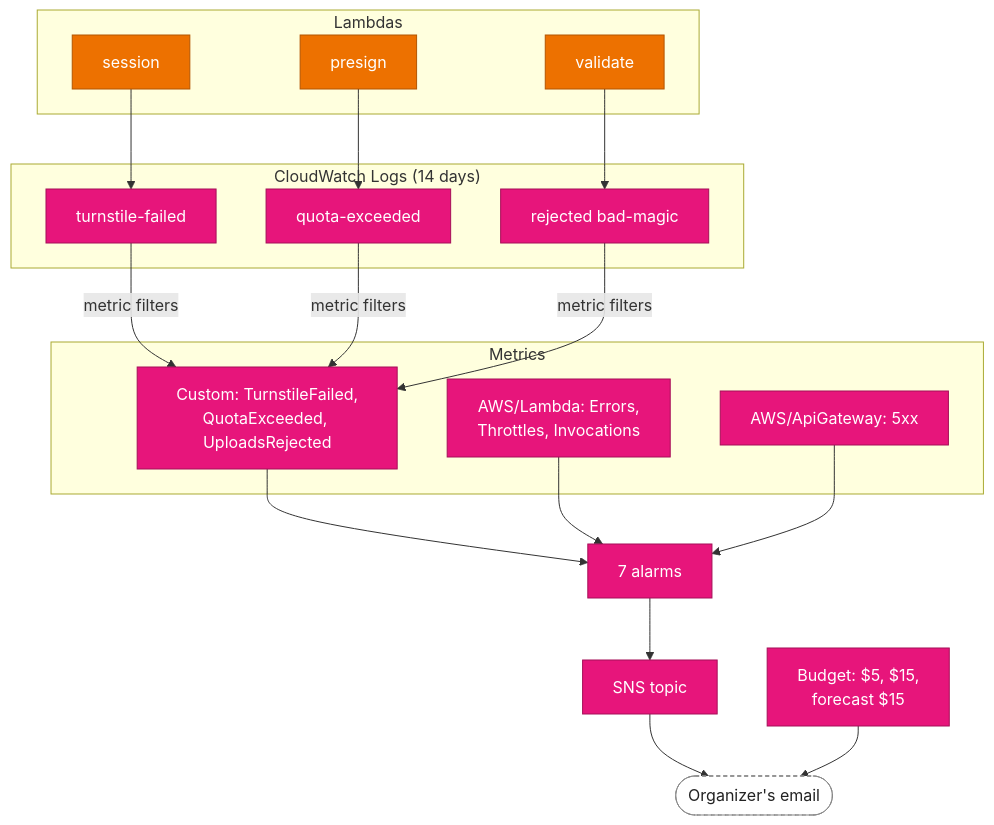
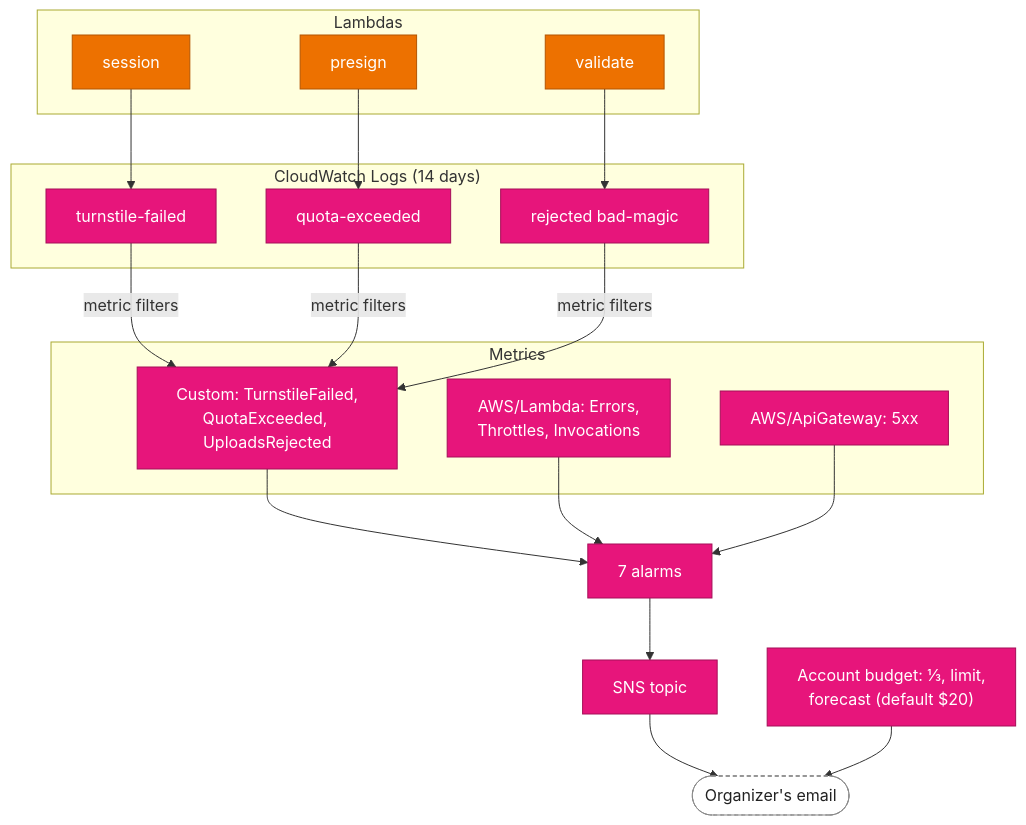
One commit to billythemoose/shotparty changed the diagram in docs/how-it-works/observability.md. Above: the diagram before and after it, drawn with Mermaid. The commit also changed other lines of this file and 31 other files, not shown here.

First line of the commit message:
stage-33: Account budget in its own stack

````diff
--- a/docs/how-it-works/observability.md
+++ b/docs/how-it-works/observability.md
@@ -7,30 +8,30 @@
 ```mermaid
 flowchart TB
   subgraph lambdas ["Lambdas"]
     sess["session"]:::compute
     pre["presign"]:::compute
     val["validate"]:::compute
   end
   subgraph logs ["CloudWatch Logs (14 days)"]
     lf1["turnstile-failed"]:::mgmt
     lf2["quota-exceeded"]:::mgmt
     lf3["rejected bad-magic"]:::mgmt
   end
   subgraph metrics ["Metrics"]
     m1["Custom: TurnstileFailed,<br/>QuotaExceeded, UploadsRejected"]:::mgmt
     m2["AWS/Lambda: Errors,<br/>Throttles, Invocations"]:::mgmt
     m3["AWS/ApiGateway: 5xx"]:::mgmt
   end
   alarms["7 alarms"]:::mgmt --> sns["SNS topic"]:::mgmt --> mail(["Organizer's email"]):::ext
-  budget["Budget: $5, $15,<br/>forecast $15"]:::mgmt --> mail
+  budget["Account budget: ⅓, limit,<br/>forecast (default $20)"]:::mgmt --> mail
 
   sess --> lf1
   pre --> lf2
   val --> lf3
   lf1 & lf2 & lf3 -- "metric filters" --> m1
   m1 & m2 & m3 --> alarms
 
   classDef compute fill:#ED7100,stroke:#B35500,color:#fff
   classDef mgmt fill:#E7157B,stroke:#A50F58,color:#fff
   classDef ext fill:#fff,stroke:#888,color:#222,stroke-dasharray:4 3
 ```
````
